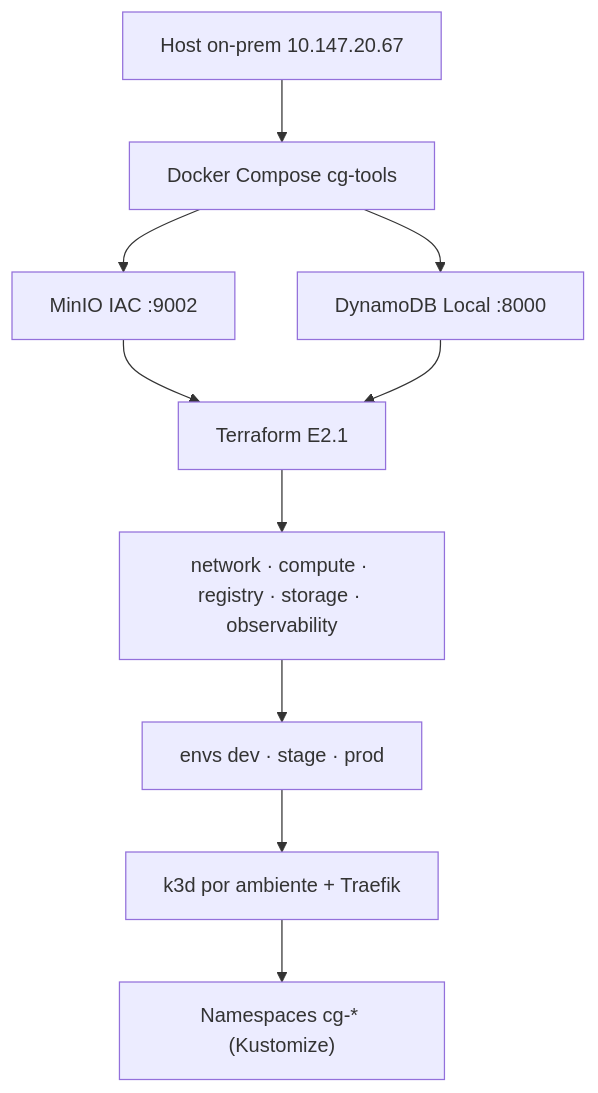
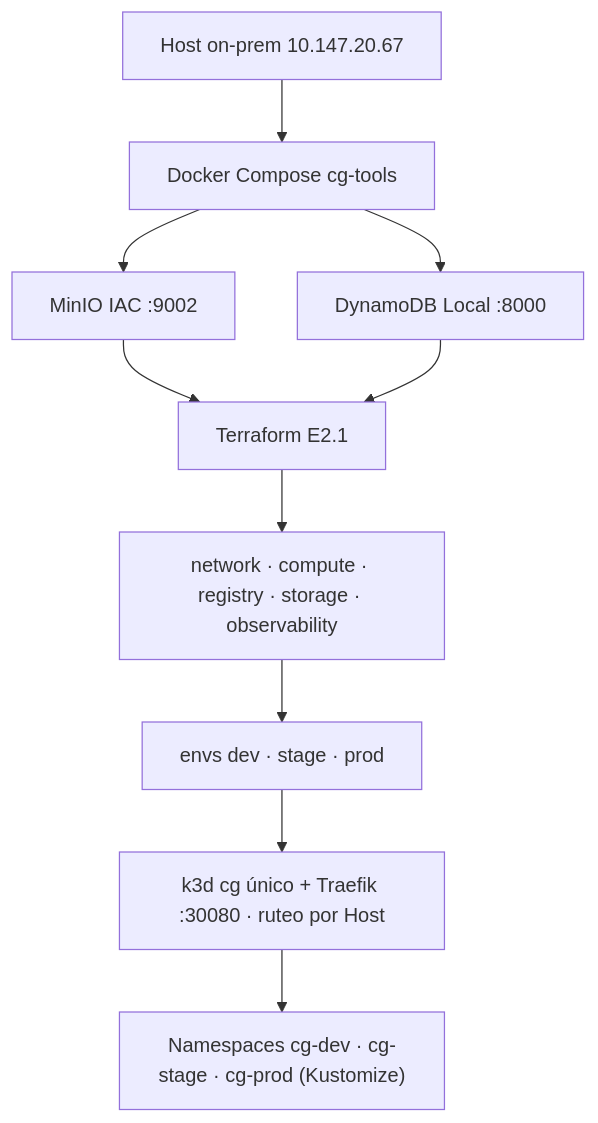
The first of 3 diagrams in docs/diagramas/README.md (ingesoft5/circle-guard-finalproject-A00401805-A00405090-A00401428-A00377013), drawn with Mermaid before and after one commit. The commit also changed other lines of this file and 14 other files, not shown here.

````diff
--- a/docs/diagramas/README.md
+++ b/docs/diagramas/README.md
@@ -8,18 +8,18 @@
 ```mermaid
 flowchart TB
   HOST["Host on-prem 10.147.20.67"]
   TOOLS["Docker Compose cg-tools"]
   MINIO["MinIO IAC :9002"]
   DDB["DynamoDB Local :8000"]
   TF["Terraform E2.1"]
   MOD["network · compute · registry · storage · observability"]
   ENVS["envs dev · stage · prod"]
-  K3D["k3d por ambiente + Traefik"]
-  APPS["Namespaces cg-* (Kustomize)"]
+  K3D["k3d cg único + Traefik :30080 · ruteo por Host"]
+  APPS["Namespaces cg-dev · cg-stage · cg-prod (Kustomize)"]
 
   HOST --> TOOLS --> MINIO
   TOOLS --> DDB
   TF --> MOD --> ENVS --> K3D --> APPS
   MINIO --> TF
   DDB --> TF
 ```
````
